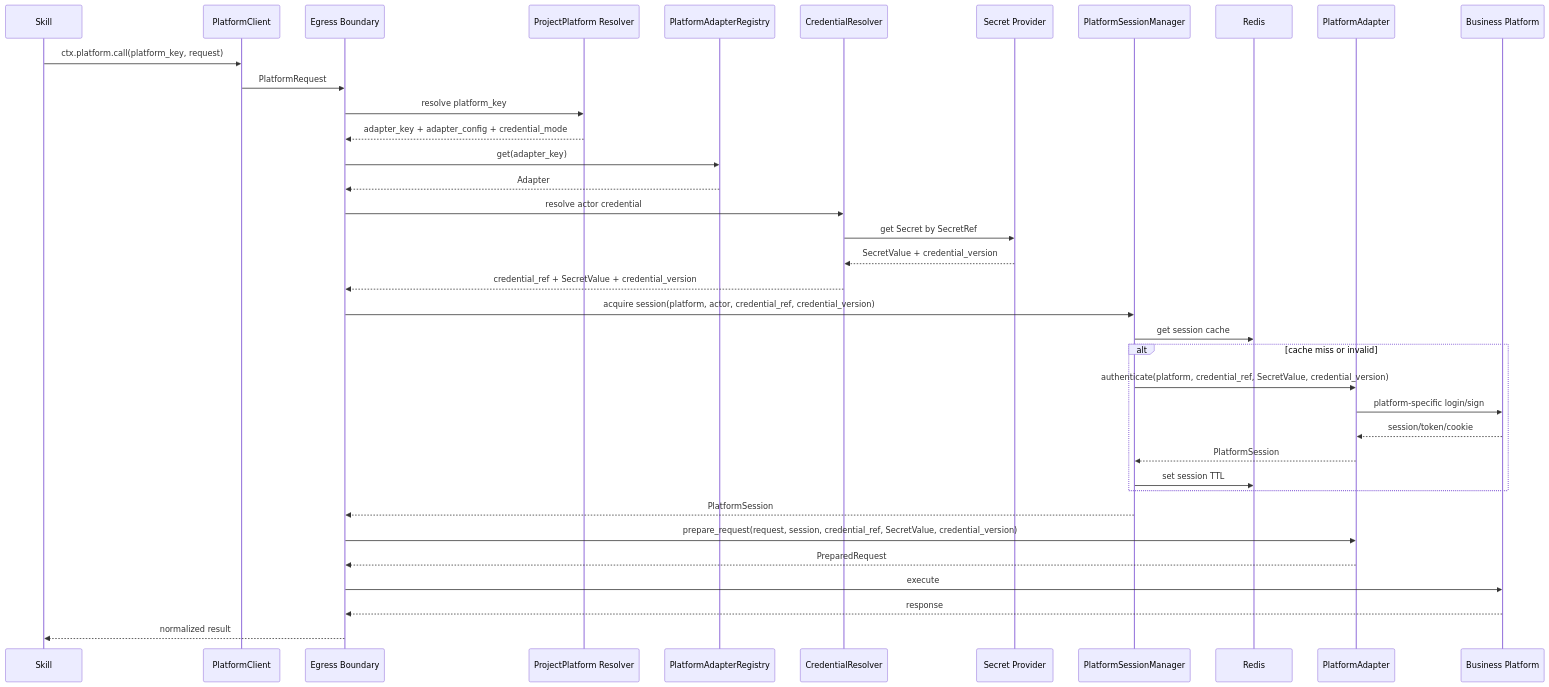
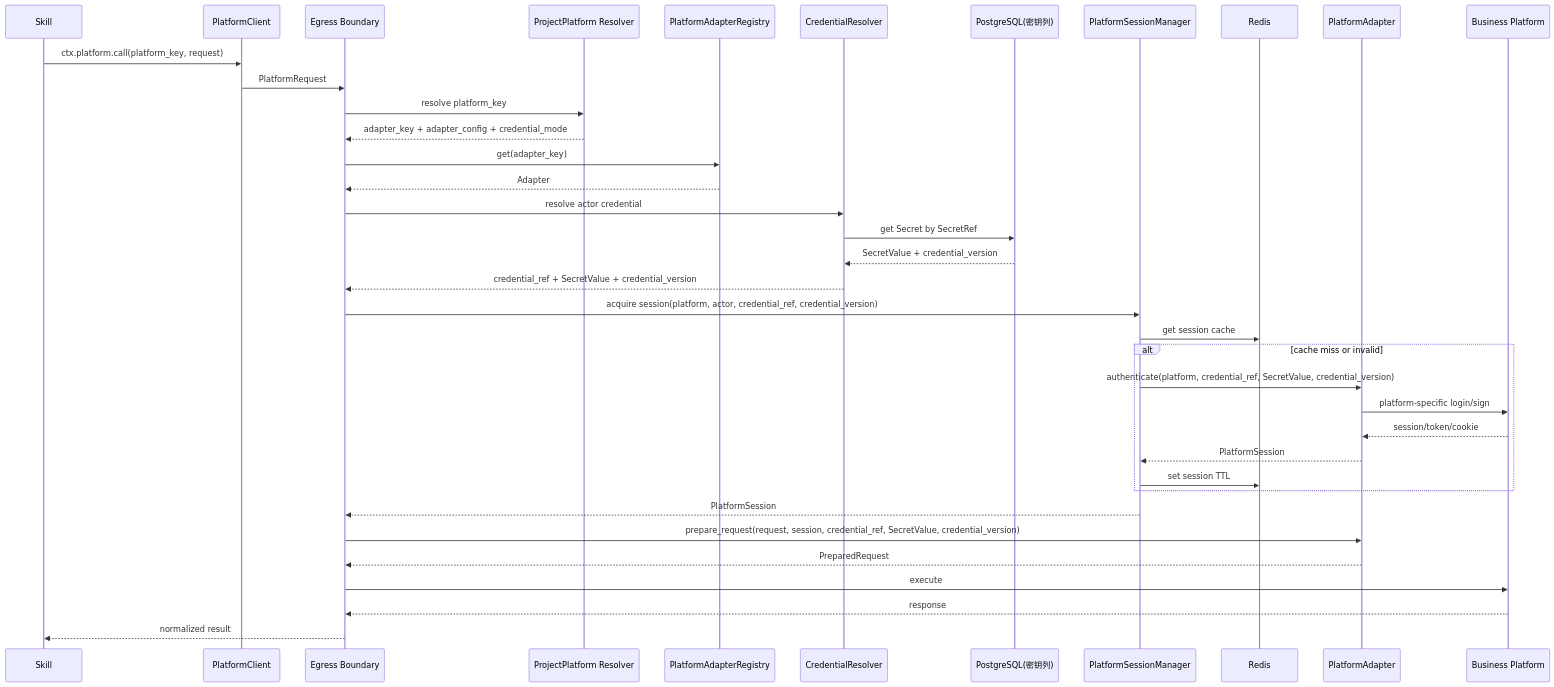
Diagram 21 of 22 in docs/08-关键流程时序与状态机详细设计.md (Michaelxwb/fluxion-harness), drawn with Mermaid before and after one commit. The commit also changed other lines of this file and 116 other files, not shown here.

````diff
--- a/docs/08-关键流程时序与状态机详细设计.md
+++ b/docs/08-关键流程时序与状态机详细设计.md
@@ -603,40 +603,40 @@
 ```mermaid
 sequenceDiagram
     participant SK as Skill
     participant PC as PlatformClient
     participant EB as Egress Boundary
     participant PP as ProjectPlatform Resolver
     participant REG as PlatformAdapterRegistry
     participant CR as CredentialResolver
-    participant SP as Secret Provider
+    participant SP as PostgreSQL(密钥列)
     participant SM as PlatformSessionManager
     participant RD as Redis
     participant AD as PlatformAdapter
     participant BP as Business Platform
 
     SK->>PC: ctx.platform.call(platform_key, request)
     PC->>EB: PlatformRequest
     EB->>PP: resolve platform_key
     PP-->>EB: adapter_key + adapter_config + credential_mode
     EB->>REG: get(adapter_key)
     REG-->>EB: Adapter
     EB->>CR: resolve actor credential
     CR->>SP: get Secret by SecretRef
     SP-->>CR: SecretValue + credential_version
     CR-->>EB: credential_ref + SecretValue + credential_version
     EB->>SM: acquire session(platform, actor, credential_ref, credential_version)
     SM->>RD: get session cache
     alt cache miss or invalid
         SM->>AD: authenticate(platform, credential_ref, SecretValue, credential_version)
         AD->>BP: platform-specific login/sign
         BP-->>AD: session/token/cookie
         AD-->>SM: PlatformSession
         SM->>RD: set session TTL
     end
     SM-->>EB: PlatformSession
     EB->>AD: prepare_request(request, session, credential_ref, SecretValue, credential_version)
     AD-->>EB: PreparedRequest
     EB->>BP: execute
     BP-->>EB: response
     EB-->>SK: normalized result
 ```
````
